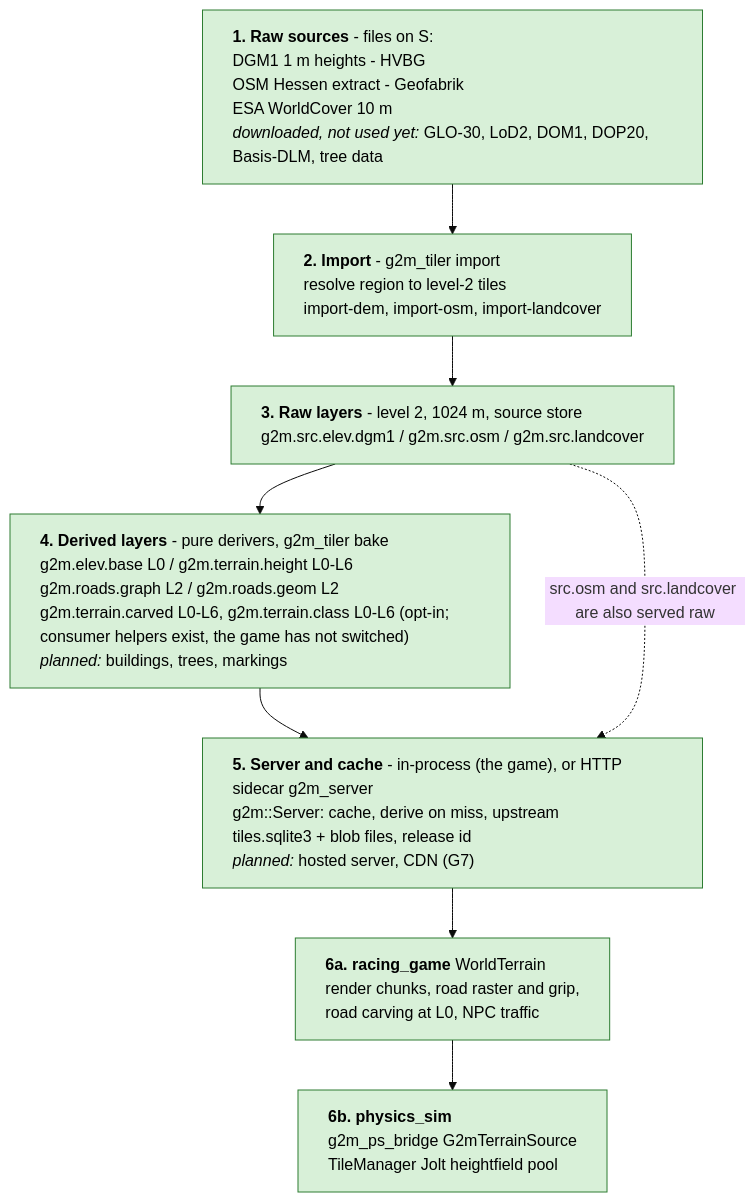
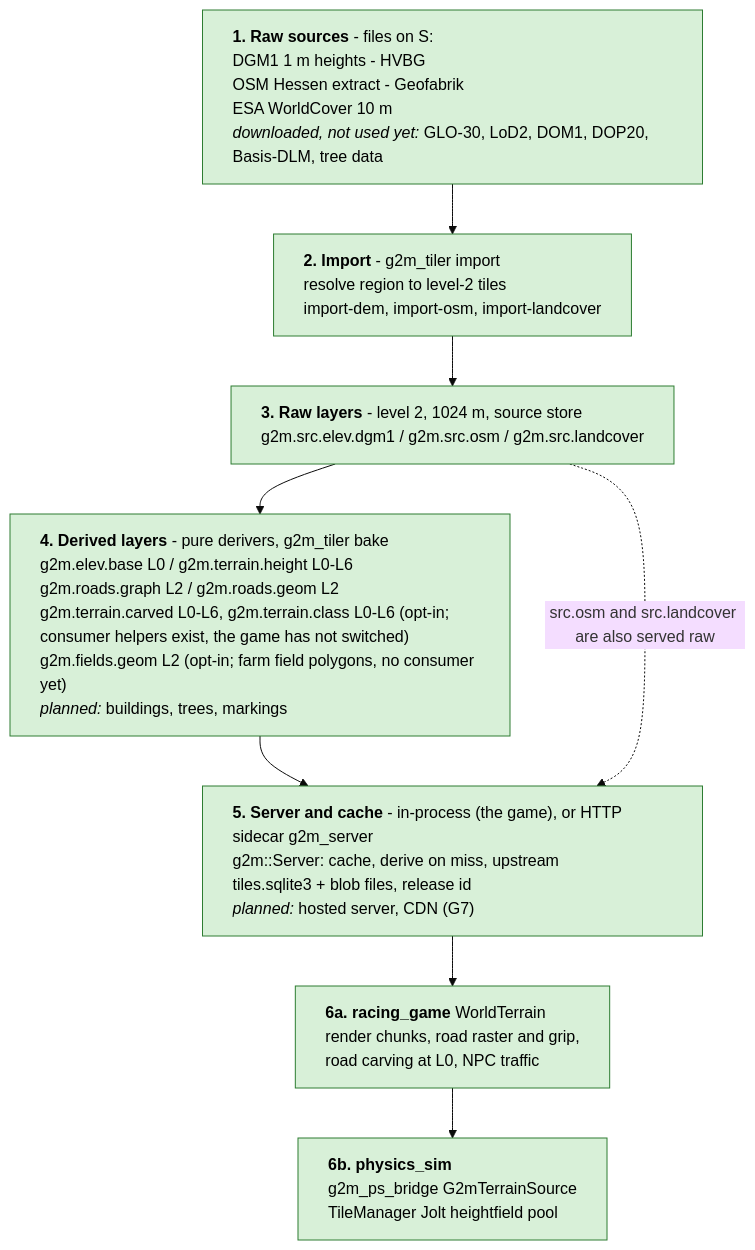
One commit to SebastianDanielFrenz/geo2map_engine changed the first of 4 diagrams in docs/pipeline/README.md. Above: the diagram before and after it, drawn with Mermaid (base theme). The commit also changed other lines of this file and 36 other files, not shown here.

First line of the commit message:
Farm field polygons: g2m.fields.geom (OSM agricultural blocks cut into fields)

````diff
--- a/docs/pipeline/README.md
+++ b/docs/pipeline/README.md
@@ -30,16 +30,16 @@
 ```mermaid
 %%{init: {"flowchart": {"wrappingWidth": 440, "useMaxWidth": false}}}%%
 flowchart TB
   SRC["<b>1. Raw sources</b> - files on S:<br/>DGM1 1 m heights - HVBG<br/>OSM Hessen extract - Geofabrik<br/>ESA WorldCover 10 m<br/><i>downloaded, not used yet:</i> GLO-30, LoD2, DOM1, DOP20, Basis-DLM, tree data"]
   IMP["<b>2. Import</b> - g2m_tiler import<br/>resolve region to level-2 tiles<br/>import-dem, import-osm, import-landcover"]
   RAW["<b>3. Raw layers</b> - level 2, 1024 m, source store<br/>g2m.src.elev.dgm1 / g2m.src.osm / g2m.src.landcover"]
-  BAKE["<b>4. Derived layers</b> - pure derivers, g2m_tiler bake<br/>g2m.elev.base L0 / g2m.terrain.height L0-L6<br/>g2m.roads.graph L2 / g2m.roads.geom L2<br/>g2m.terrain.carved L0-L6, g2m.terrain.class L0-L6 (opt-in; consumer helpers exist, the game has not switched)<br/><i>planned:</i> buildings, trees, markings"]
+  BAKE["<b>4. Derived layers</b> - pure derivers, g2m_tiler bake<br/>g2m.elev.base L0 / g2m.terrain.height L0-L6<br/>g2m.roads.graph L2 / g2m.roads.geom L2<br/>g2m.terrain.carved L0-L6, g2m.terrain.class L0-L6 (opt-in; consumer helpers exist, the game has not switched)<br/>g2m.fields.geom L2 (opt-in; farm field polygons, no consumer yet)<br/><i>planned:</i> buildings, trees, markings"]
   SRV["<b>5. Server and cache</b> - in-process (the game), or HTTP sidecar g2m_server<br/>g2m::Server: cache, derive on miss, upstream<br/>tiles.sqlite3 + blob files, release id<br/><i>planned:</i> hosted server, CDN (G7)"]
   GAME["<b>6a. racing_game</b> WorldTerrain<br/>render chunks, road raster and grip,<br/>road carving at L0, NPC traffic"]
   PHYS["<b>6b. physics_sim</b><br/>g2m_ps_bridge G2mTerrainSource<br/>TileManager Jolt heightfield pool"]
   SRC --> IMP --> RAW --> BAKE --> SRV --> GAME --> PHYS
   RAW -. "src.osm and src.landcover are also served raw" .-> SRV
 
   classDef done fill:#d8f0d8,stroke:#2e7d32,color:#000,text-align:left;
   class SRC,IMP,RAW,BAKE,SRV,GAME,PHYS done;
 ```
````
